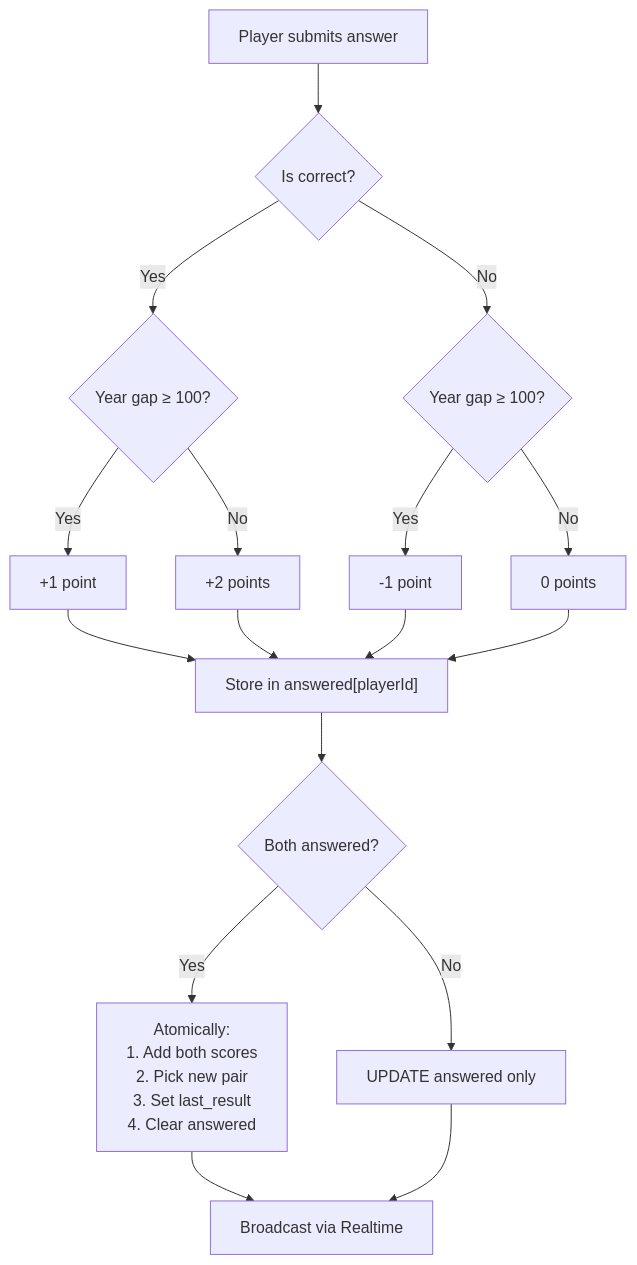
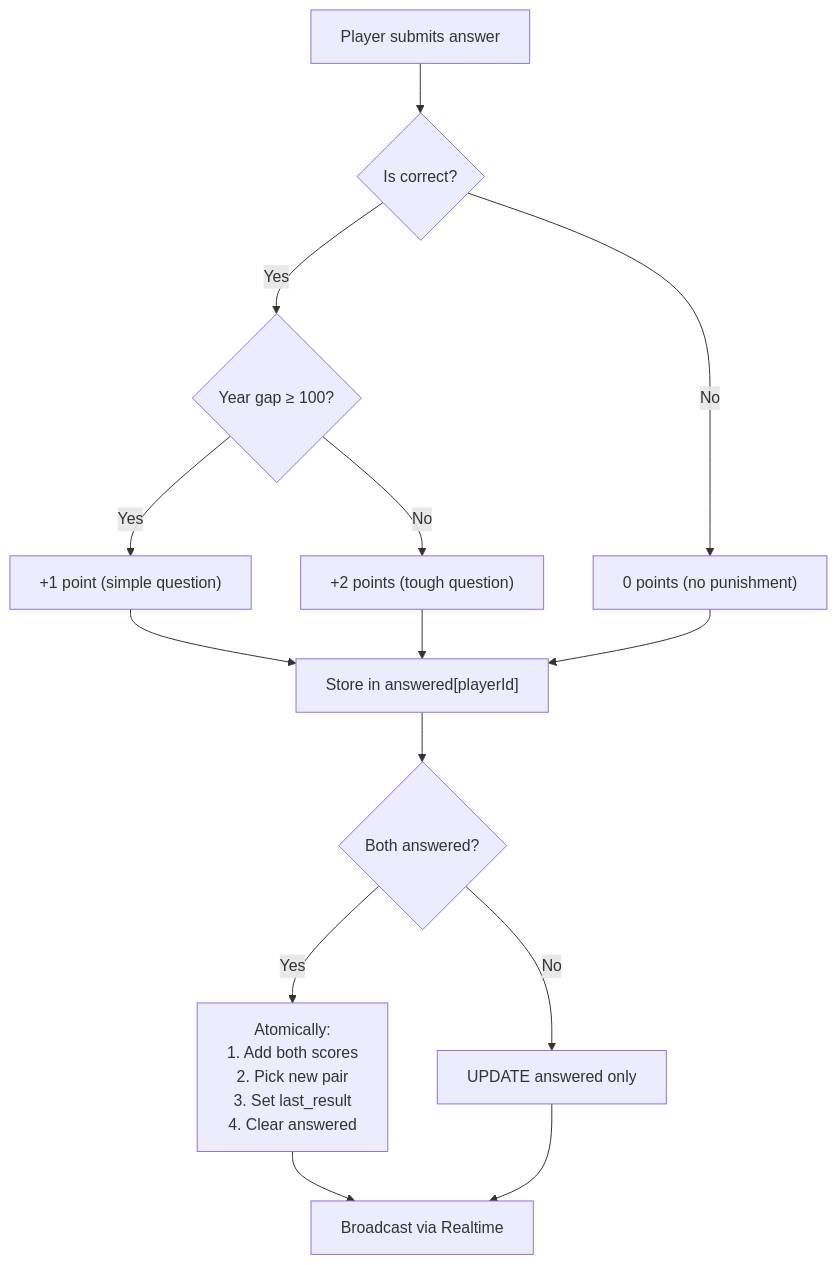
The sixth of 7 diagrams in docs/architecture.md (prokopHouda/history_game), drawn with Mermaid before and after one commit. The commit also changed other lines of this file and 1 other file, not shown here.

Commit message:
Scoring: remove all punishment — wrong answers score 0, correct stays +1/+2; update architecture.md

````diff
--- a/docs/architecture.md
+++ b/docs/architecture.md
@@ -169,19 +169,16 @@
 ```mermaid
 flowchart TD
     A["Player submits answer"] --> B{"Is correct?"}
     B -->|Yes| C{"Year gap ≥ 100?"}
-    C -->|Yes| D["+1 point"]
-    C -->|No| E["+2 points"]
-    B -->|No| F{"Year gap ≥ 100?"}
-    F -->|Yes| G["-1 point"]
-    F -->|No| H["0 points"]
-    D --> I["Store in answered[playerId]"]
-    E --> I
-    G --> I
-    H --> I
-    I --> J{"Both answered?"}
-    J -->|Yes| K["Atomically:<br/>1. Add both scores<br/>2. Pick new pair<br/>3. Set last_result<br/>4. Clear answered"]
-    J -->|No| L["UPDATE answered only"]
-    K --> M["Broadcast via Realtime"]
-    L --> M
+    C -->|Yes| D["+1 point (simple question)"]
+    C -->|No| E["+2 points (tough question)"]
+    B -->|No| F["0 points (no punishment)"]
+    D --> G["Store in answered[playerId]"]
+    E --> G
+    F --> G
+    G --> H{"Both answered?"}
+    H -->|Yes| I["Atomically:<br/>1. Add both scores<br/>2. Pick new pair<br/>3. Set last_result<br/>4. Clear answered"]
+    H -->|No| J["UPDATE answered only"]
+    I --> K["Broadcast via Realtime"]
+    J --> K
 ```
````
